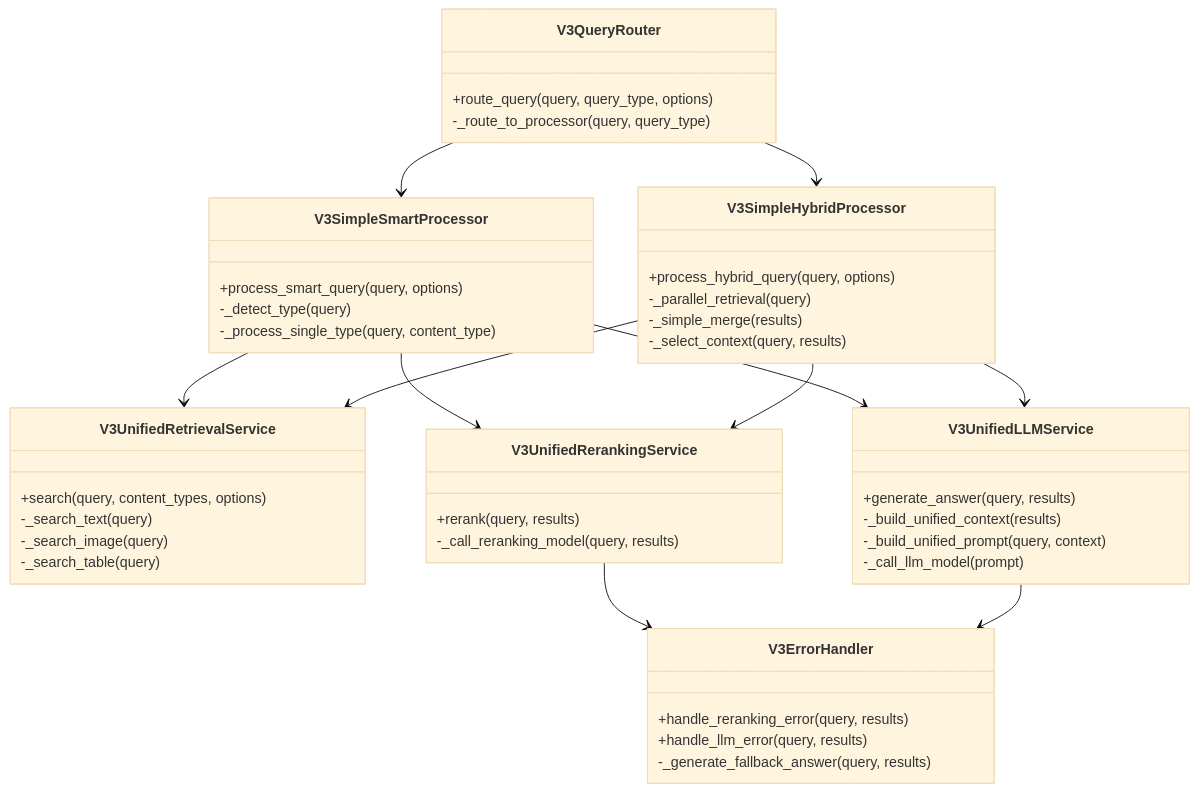
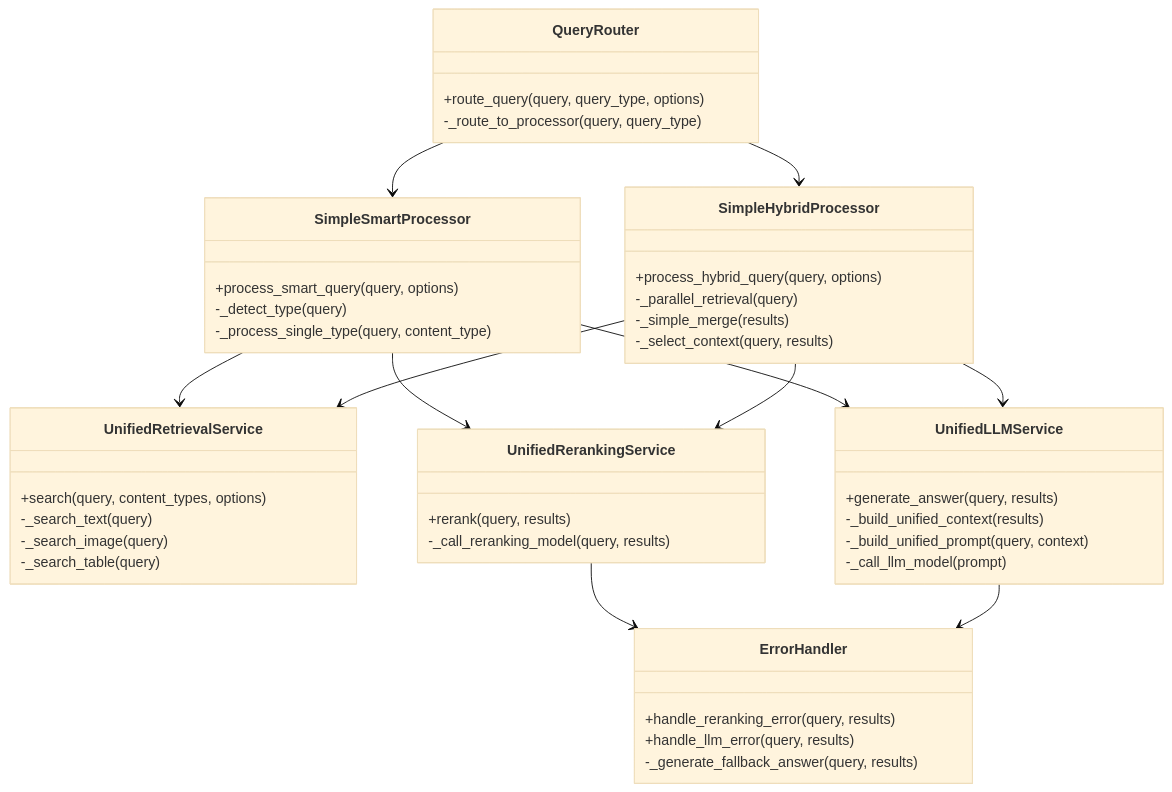
Before and after one commit to alvaxu/RAG-system: the fifth of 10 diagrams in RAGsystemV3/share/1.prepare/33.V3_RAG查询处理模块详细设计文档.md, drawn with Mermaid (base theme). The commit also changed other lines of this file and 163 other files, not shown here.

````diff
--- a/RAGsystemV3/share/1.prepare/33.V3_RAG查询处理模块详细设计文档.md
+++ b/RAGsystemV3/share/1.prepare/33.V3_RAG查询处理模块详细设计文档.md
@@ -389,56 +389,56 @@
 ```mermaid
 classDiagram
-    class V3QueryRouter {
+    class QueryRouter {
         +route_query(query, query_type, options)
         -_route_to_processor(query, query_type)
     }
     
-    class V3SimpleSmartProcessor {
+    class SimpleSmartProcessor {
         +process_smart_query(query, options)
         -_detect_type(query)
         -_process_single_type(query, content_type)
     }
     
-    class V3SimpleHybridProcessor {
+    class SimpleHybridProcessor {
         +process_hybrid_query(query, options)
         -_parallel_retrieval(query)
         -_simple_merge(results)
         -_select_context(query, results)
     }
     
-    class V3UnifiedRetrievalService {
+    class UnifiedRetrievalService {
         +search(query, content_types, options)
         -_search_text(query)
         -_search_image(query)
         -_search_table(query)
     }
     
-    class V3UnifiedRerankingService {
+    class UnifiedRerankingService {
         +rerank(query, results)
         -_call_reranking_model(query, results)
     }
     
-    class V3UnifiedLLMService {
+    class UnifiedLLMService {
         +generate_answer(query, results)
         -_build_unified_context(results)
         -_build_unified_prompt(query, context)
         -_call_llm_model(prompt)
     }
     
-    class V3ErrorHandler {
+    class ErrorHandler {
         +handle_reranking_error(query, results)
         +handle_llm_error(query, results)
         -_generate_fallback_answer(query, results)
     }
     
-    V3QueryRouter --> V3SimpleSmartProcessor
-    V3QueryRouter --> V3SimpleHybridProcessor
-    V3SimpleSmartProcessor --> V3UnifiedRetrievalService
-    V3SimpleSmartProcessor --> V3UnifiedRerankingService
-    V3SimpleSmartProcessor --> V3UnifiedLLMService
-    V3SimpleHybridProcessor --> V3UnifiedRetrievalService
-    V3SimpleHybridProcessor --> V3UnifiedRerankingService
-    V3SimpleHybridProcessor --> V3UnifiedLLMService
-    V3UnifiedRerankingService --> V3ErrorHandler
-    V3UnifiedLLMService --> V3ErrorHandler
+    QueryRouter --> SimpleSmartProcessor
+    QueryRouter --> SimpleHybridProcessor
+    SimpleSmartProcessor --> UnifiedRetrievalService
+    SimpleSmartProcessor --> UnifiedRerankingService
+    SimpleSmartProcessor --> UnifiedLLMService
+    SimpleHybridProcessor --> UnifiedRetrievalService
+    SimpleHybridProcessor --> UnifiedRerankingService
+    SimpleHybridProcessor --> UnifiedLLMService
+    UnifiedRerankingService --> ErrorHandler
+    UnifiedLLMService --> ErrorHandler
 ```
````
